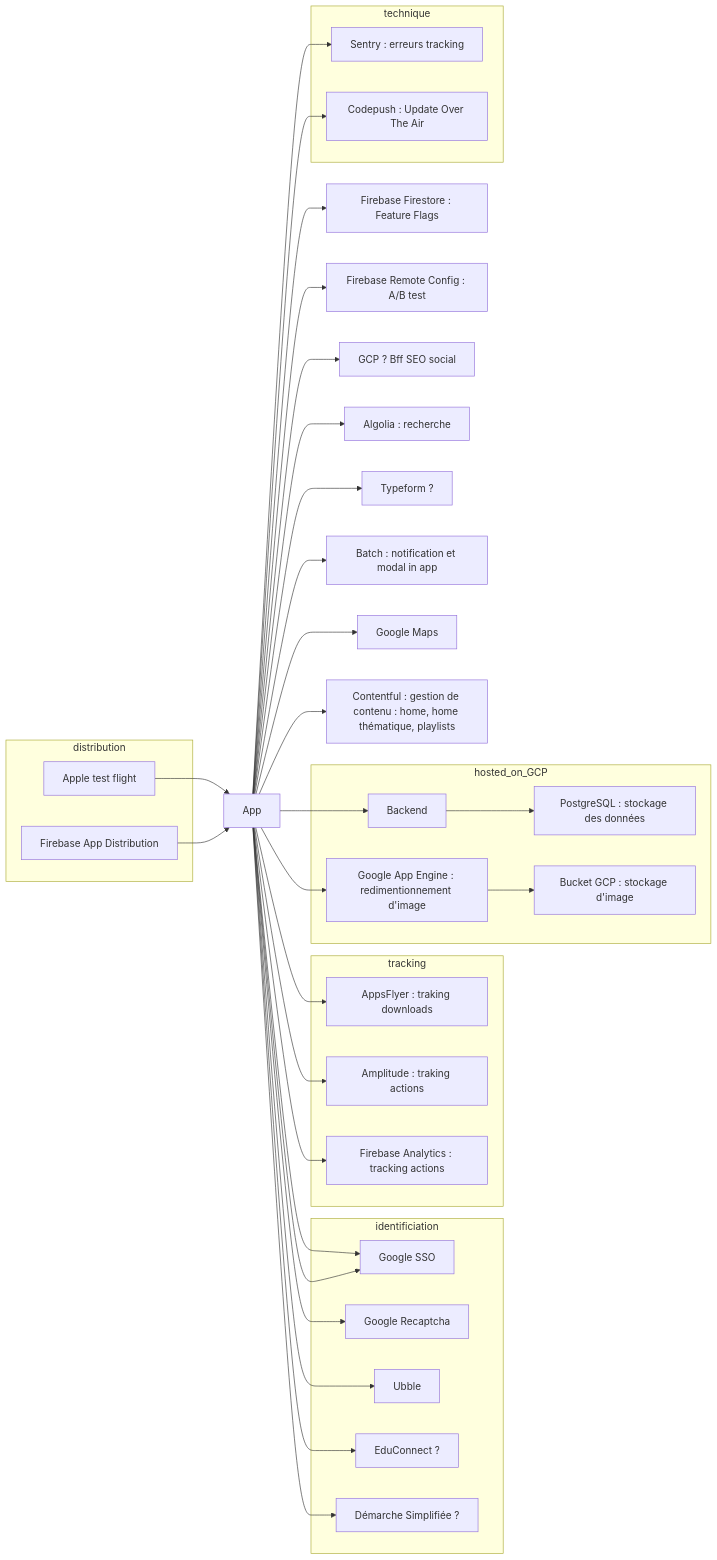
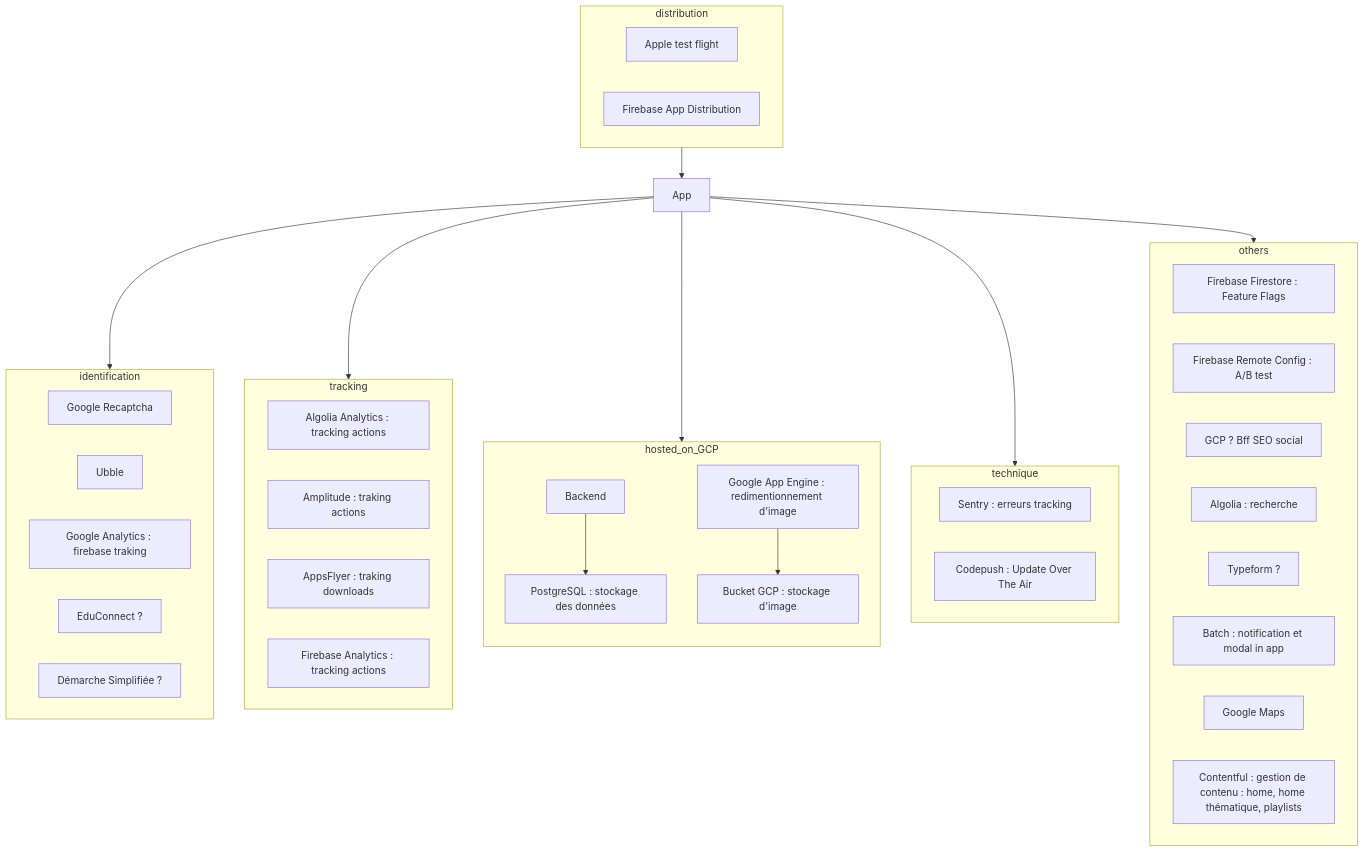
The first of 2 diagrams in doc/architecture/input-output-externe.md (pass-culture/pass-culture-app-native), drawn with Mermaid before and after one commit. The commit also changed other lines of this file, not shown here.

````diff
--- a/doc/architecture/input-output-externe.md
+++ b/doc/architecture/input-output-externe.md
@@ -3,60 +3,44 @@
 ```mermaid
-flowchart LR
+flowchart TB
   App["App"]
-  Firebase_Firestore["Firebase Firestore : Feature Flags"]
-  Firebase_Remote_Config["Firebase Remote Config : A/B test"]
-  Google["Google Analytics : firebase traking"]
-  GCP["GCP ? Bff SEO social"]
-  Algolia["Algolia : recherche"]
-  Typeform["Typeform ?"]
-  Batch["Batch : notification et modal in app"]
-  Google_Maps["Google Maps"]
-  Contentful["Contentful : gestion de contenu : home, home thématique, playlists"]
-  subgraph identificiation
+  subgraph identification
     Google_Recaptcha["Google Recaptcha"]
     Ubble["Ubble"]
     Google["Google SSO"]
     Educonnect["EduConnect ?"]
     DMS["Démarche Simplifiée ?"]
   end
   subgraph tracking
+    Algolia_Analytics["Algolia Analytics : tracking actions"]
+    Amplitude["Amplitude : traking actions"]
     AppsFlyer["AppsFlyer : traking downloads"]
-    Amplitude["Amplitude : traking actions"]
     Firebase_Analytics["Firebase Analytics : tracking actions"]
   end
   subgraph hosted_on_GCP
+    direction TB
+
     Backend["Backend"] --> Postgresql["PostgreSQL : stockage des données"]
     image_resize["Google App Engine : redimentionnement d'image"] --> bucket_image["Bucket GCP : stockage d'image"]
   end
   subgraph technique
     Sentry["Sentry : erreurs tracking"]
     Codepush["Codepush : Update Over The Air"]
   end
   subgraph distribution
     Apple["Apple test flight"]
     Firebase_App_Distribution["Firebase App Distribution"]
   end
-  Apple --> App
-  Firebase_App_Distribution --> App
-  App --> Firebase_Firestore
-  App --> Firebase_Remote_Config
-  App --> Backend
-  App --> Google
-  App --> image_resize
-  App --> GCP
-  App --> Algolia
-  App --> Typeform
-  App --> Batch
-  App --> Google_Maps
-  App --> Contentful
-  App --> Google_Recaptcha
-  App --> Ubble
-  App --> Google
-  App --> Educonnect
-  App --> DMS
-  App --> AppsFlyer
-  App --> Amplitude
-  App --> Firebase_Analytics
-  App --> Sentry
-  App --> Codepush
+  subgraph others
+    Firebase_Firestore["Firebase Firestore : Feature Flags"]
+    Firebase_Remote_Config["Firebase Remote Config : A/B test"]
+    Google["Google Analytics : firebase traking"]
+    GCP["GCP ? Bff SEO social"]
+    Algolia["Algolia : recherche"]
+    Typeform["Typeform ?"]
+    Batch["Batch : notification et modal in app"]
+    Google_Maps["Google Maps"]
+    Contentful["Contentful : gestion de contenu : home, home thématique, playlists"]
+  end
+  distribution --> App
+  App --> identification & tracking & hosted_on_GCP & technique & others
 ```
````
